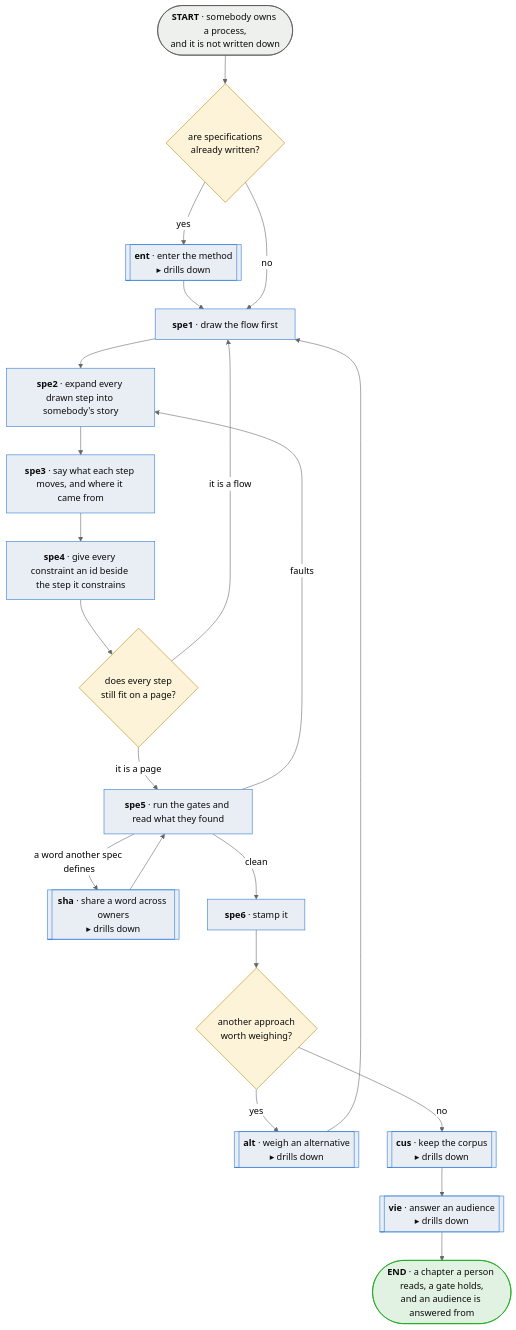
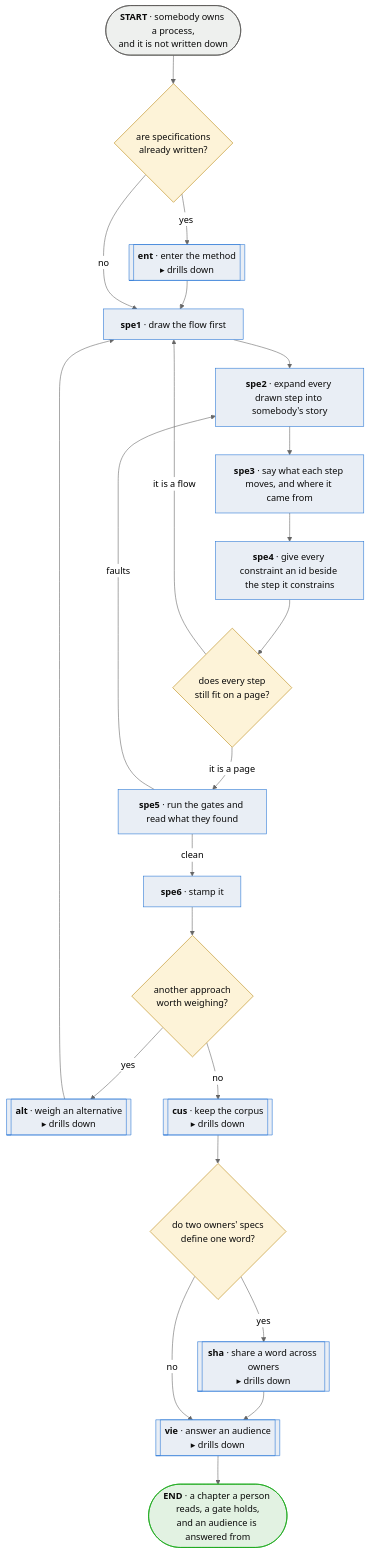
The diagram in spec/diagrams/spe-specify-a-process.md (plumbspec/goldspec), drawn with Mermaid (neutral theme) before and after one commit. The commit also changed other lines of this file and 2 other files, not shown here.

Commit message:
spec: technical staff reconcile two units' words, after cus (a6bbcb2)

````diff
--- a/spec/diagrams/spe-specify-a-process.md
+++ b/spec/diagrams/spe-specify-a-process.md
@@ -14,40 +15,43 @@
 ```mermaid
 flowchart TD
     IN([<b>START</b> · somebody owns a process,<br/>and it is not written down]):::terminal
 
     EXISTQ{are specifications<br/>already written?}:::question
     ENT[[<b>ent</b> · enter the method<br/>▸ drills down]]:::subroutine
 
     DRAW[<b>spe1</b> · draw the flow first]:::process
     STORY[<b>spe2</b> · expand every drawn step into somebody's story]:::process
     MOVES[<b>spe3</b> · say what each step moves, and where it came from]:::process
     CONSTRAIN[<b>spe4</b> · give every constraint an id beside the step it constrains]:::process
     FITS{does every step<br/>still fit on a page?}:::question
     GATE[<b>spe5</b> · run the gates and read what they found]:::process
-    SHA[[<b>sha</b> · share a word across owners<br/>▸ drills down]]:::subroutine
     STAMP[<b>spe6</b> · stamp it]:::process
     ALTQ{another approach<br/>worth weighing?}:::question
     ALT[[<b>alt</b> · weigh an alternative<br/>▸ drills down]]:::subroutine
     CUS[[<b>cus</b> · keep the corpus<br/>▸ drills down]]:::subroutine
+    SHAQ{do two owners' specs<br/>define one word?}:::question
+    SHA[[<b>sha</b> · share a word across owners<br/>▸ drills down]]:::subroutine
     VIE[[<b>vie</b> · answer an audience<br/>▸ drills down]]:::subroutine
 
     OUT([<b>END</b> · a chapter a person reads, a gate holds,<br/>and an audience is answered from]):::good
 
     IN --> EXISTQ
     EXISTQ -->|yes| ENT --> DRAW
     EXISTQ -->|no| DRAW
     DRAW --> STORY --> MOVES --> CONSTRAIN --> FITS
     FITS -->|it is a page| GATE
     FITS -->|it is a flow| DRAW
     GATE -->|faults| STORY
-    GATE -->|a word another spec defines| SHA --> GATE
     GATE -->|clean| STAMP --> ALTQ
     ALTQ -->|yes| ALT --> DRAW
-    ALTQ -->|no| CUS --> VIE --> OUT
+    ALTQ -->|no| CUS --> SHAQ
+    SHAQ -->|yes| SHA --> VIE
+    SHAQ -->|no| VIE
+    VIE --> OUT
 
     classDef terminal fill:#eef0ee,stroke:#52514e,color:#0b0b0b;
     classDef process fill:#e9eef5,stroke:#2a78d6,color:#0b0b0b;
     classDef subroutine fill:#e9eef5,stroke:#2a78d6,color:#0b0b0b;
     classDef question fill:#fdf3d8,stroke:#b8860b,color:#0b0b0b;
     classDef good fill:#e2f2e2,stroke:#0ca30c,color:#0b0b0b;
 ```
````
